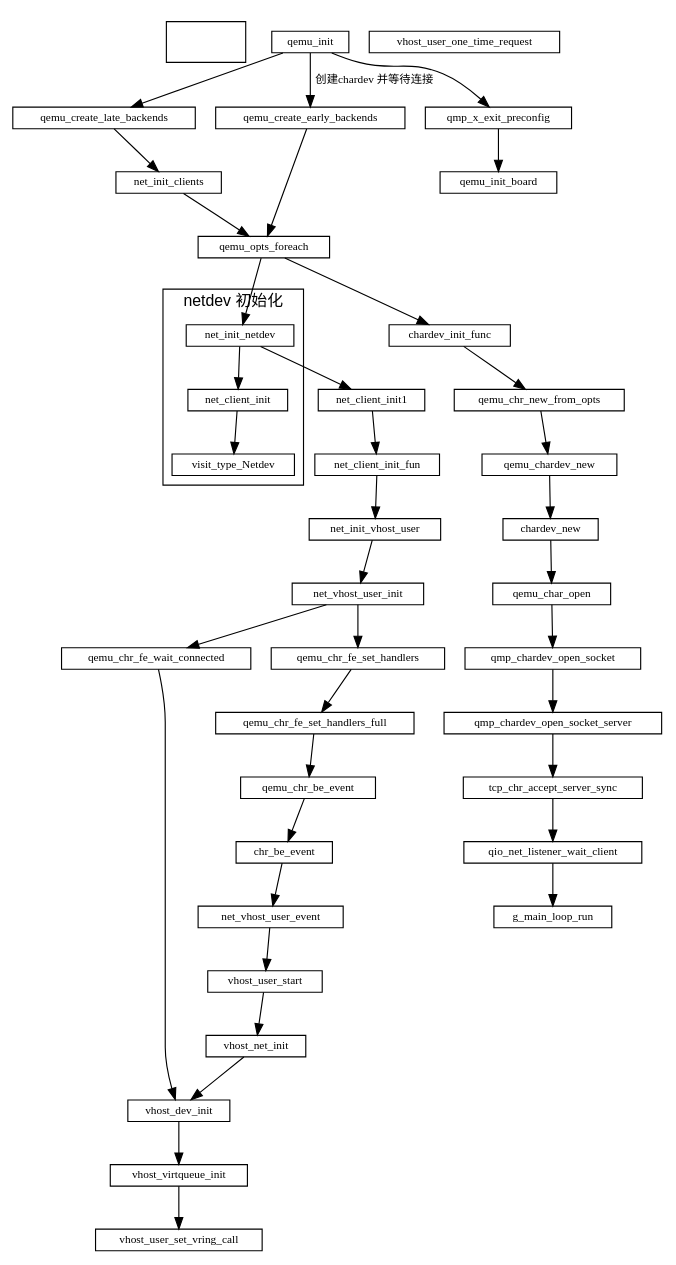
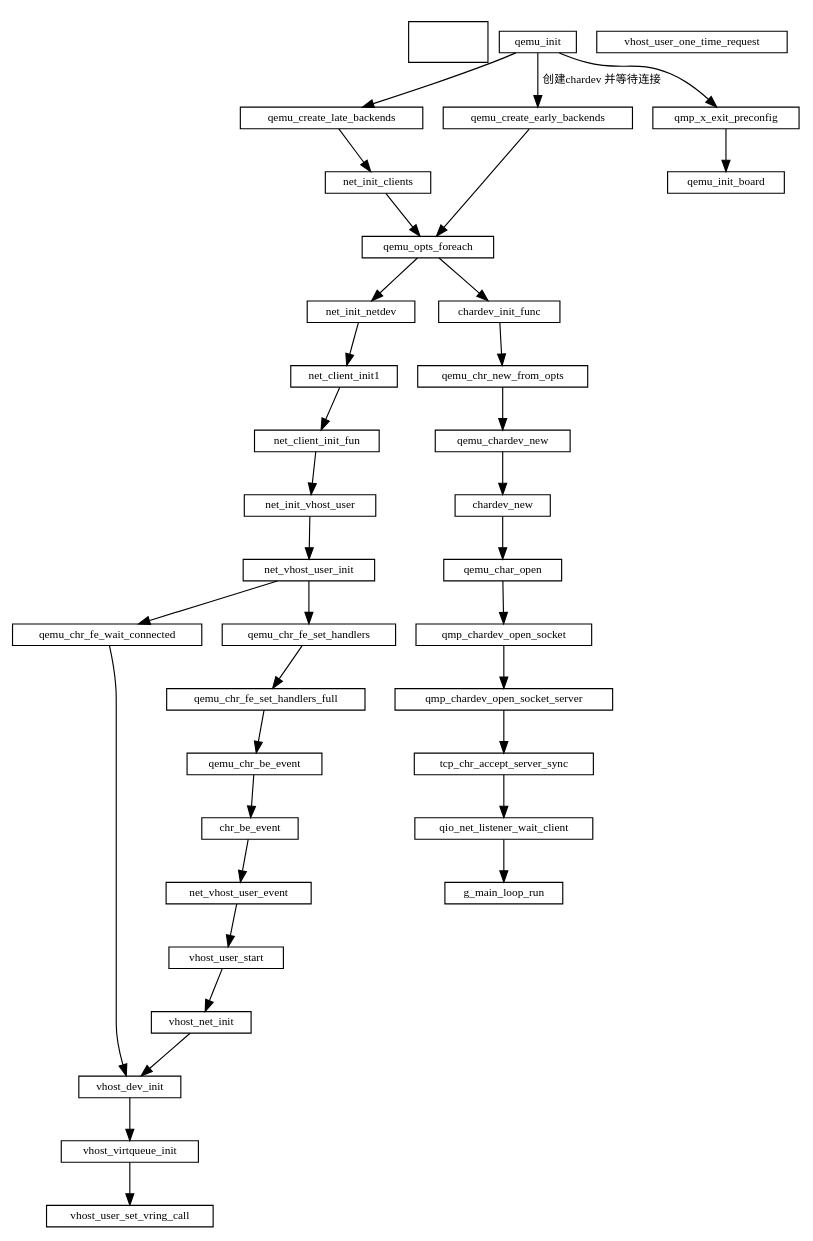
Before and after one commit to sisyphus1212/note: the diagram in qemu/qemu初始化.md, drawn with Graphviz.

Commit message:
auto_update

````diff
--- a/qemu/qemu初始化.md
+++ b/qemu/qemu初始化.md
@@ -11,66 +11,58 @@
 ```graphviz
 digraph {
     fontname="Helvetica,Arial,sans-serif"
     //node [fontname="Helvetica,Arial,sans-serif"]
     //edge [fontname="Helvetica,Arial,sans-serif"]
     //rankdir="LR"
     node [fontsize=10, shape=record, height=0.25]
     edge [fontsize=10]
 
     subgraph  {
         cluster=true
         fd  [style = invis]
     }
 
 
     qemu_init -> qemu_create_late_backends
               -> net_init_clients
               -> qemu_opts_foreach
               -> net_init_netdev
               -> net_client_init1
               -> net_client_init_fun
               -> net_init_vhost_user
               -> net_vhost_user_init
               -> qemu_chr_fe_wait_connected
               -> vhost_dev_init
 
     net_vhost_user_init -> qemu_chr_fe_set_handlers
                         -> qemu_chr_fe_set_handlers_full
                         -> qemu_chr_be_event
                         -> chr_be_event
                         -> net_vhost_user_event
                         -> vhost_user_start
                         -> vhost_net_init
                         -> vhost_dev_init
                         -> vhost_virtqueue_init
                         -> vhost_user_set_vring_call
 
     qemu_init -> qemu_create_early_backends[label="创建chardev 并等待连接"] qemu_create_early_backends -> qemu_opts_foreach
                       -> chardev_init_func
                       -> qemu_chr_new_from_opts
                       -> qemu_chardev_new
                       -> chardev_new
                       -> qemu_char_open
                       -> qmp_chardev_open_socket
                       -> qmp_chardev_open_socket_server
                       -> tcp_chr_accept_server_sync
                       -> qio_net_listener_wait_client
                       -> g_main_loop_run
 
-    subgraph netdev_init {
-        label="netdev 初始化";
-        cluster=true;
-        net_init_netdev
-        -> net_client_init
-        -> visit_type_Netdev
-    }
-
     qemu_init -> qmp_x_exit_preconfig -> qemu_init_board // 初始化cpu 内存
 
     vhost_dev_init
 
     net_vhost_user_event
 
     vhost_user_one_time_request
 }
 ```
````
